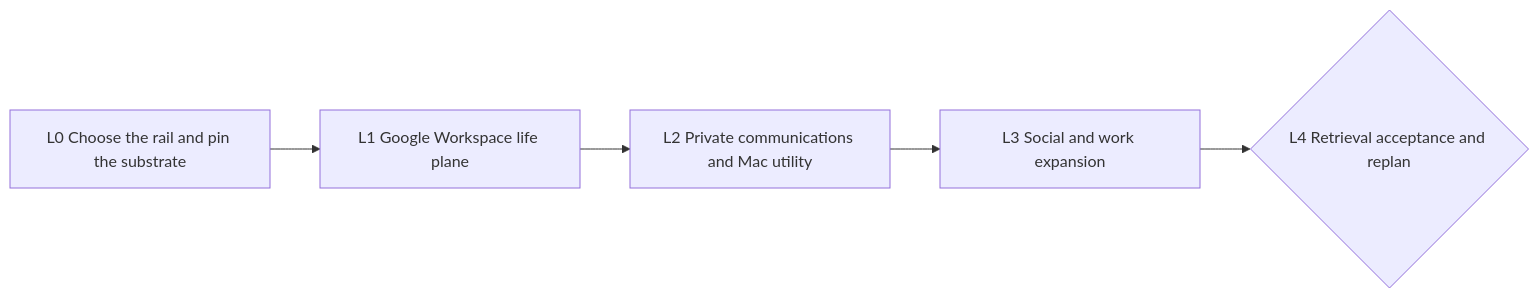
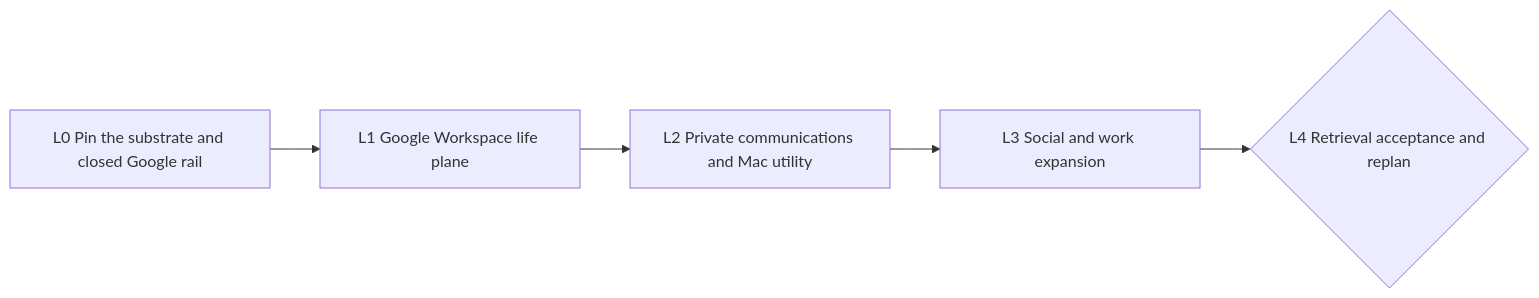
One commit to miguelrios/unc-skills changed the diagram in docs/LOOP_CHAIN_RECALL_UNIVERSAL_INGESTION_2026-07-16.md. Above: the diagram before and after it, drawn with Mermaid. The commit also changed other lines of this file and 1 other file, not shown here.

````diff
--- a/docs/LOOP_CHAIN_RECALL_UNIVERSAL_INGESTION_2026-07-16.md
+++ b/docs/LOOP_CHAIN_RECALL_UNIVERSAL_INGESTION_2026-07-16.md
@@ -40,9 +40,9 @@
 ```mermaid
 flowchart LR
-    L0[L0 Choose the rail and pin the substrate]
+    L0[L0 Pin the substrate and closed Google rail]
     L1[L1 Google Workspace life plane]
     L2[L2 Private communications and Mac utility]
     L3[L3 Social and work expansion]
     L4{L4 Retrieval acceptance and replan}
     L0 --> L1 --> L2 --> L3 --> L4
 ```
````
